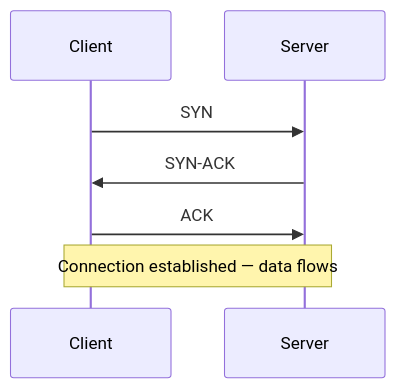
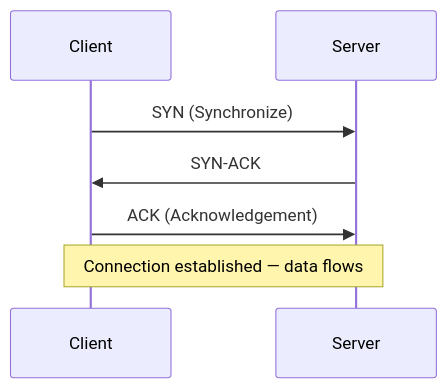
Before and after one commit to shivajideotale/system-design-notes: the first of 5 diagrams in phase-1/networking.md, drawn with Mermaid. The commit also changed other lines of this file, not shown here.

Commit message:
Add detailed OSI model explanation and packet flow encapsulation to networking documentation

````diff
--- a/phase-1/networking.md
+++ b/phase-1/networking.md
@@ -27,9 +93,9 @@
 ```mermaid
 sequenceDiagram
     participant C as Client
     participant S as Server
-    C->>S: SYN
+    C->>S: SYN (Synchronize)
     S->>C: SYN-ACK
-    C->>S: ACK
+    C->>S: ACK (Acknowledgement)
     Note over C,S: Connection established — data flows
 ```
````
